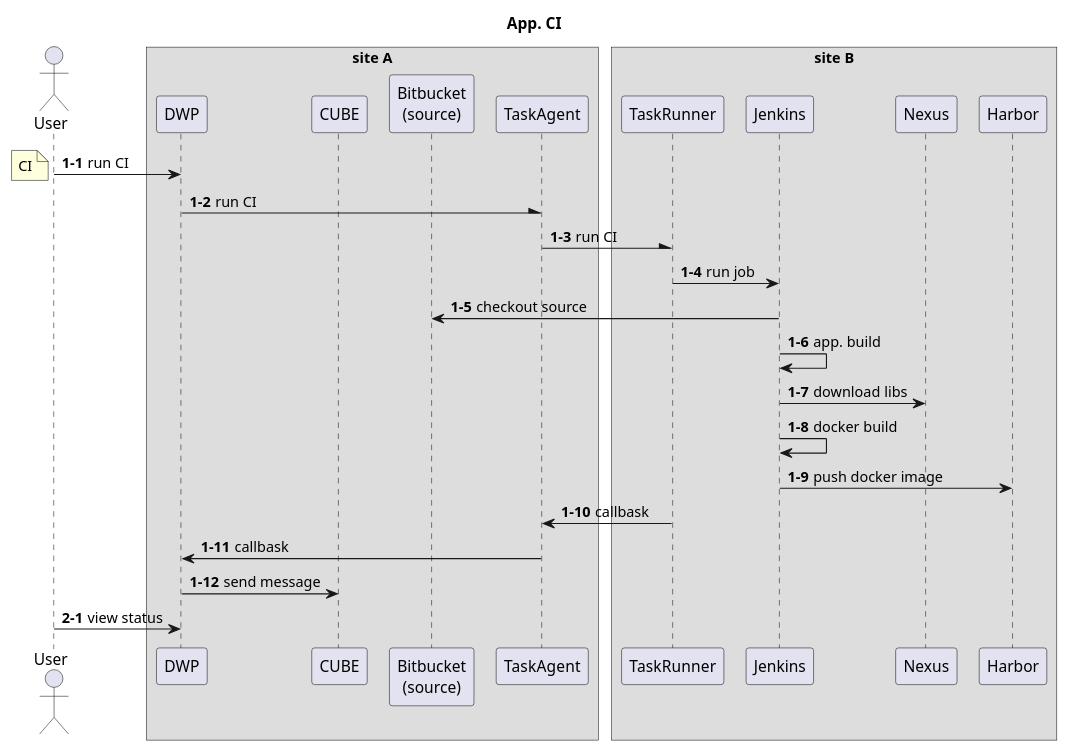
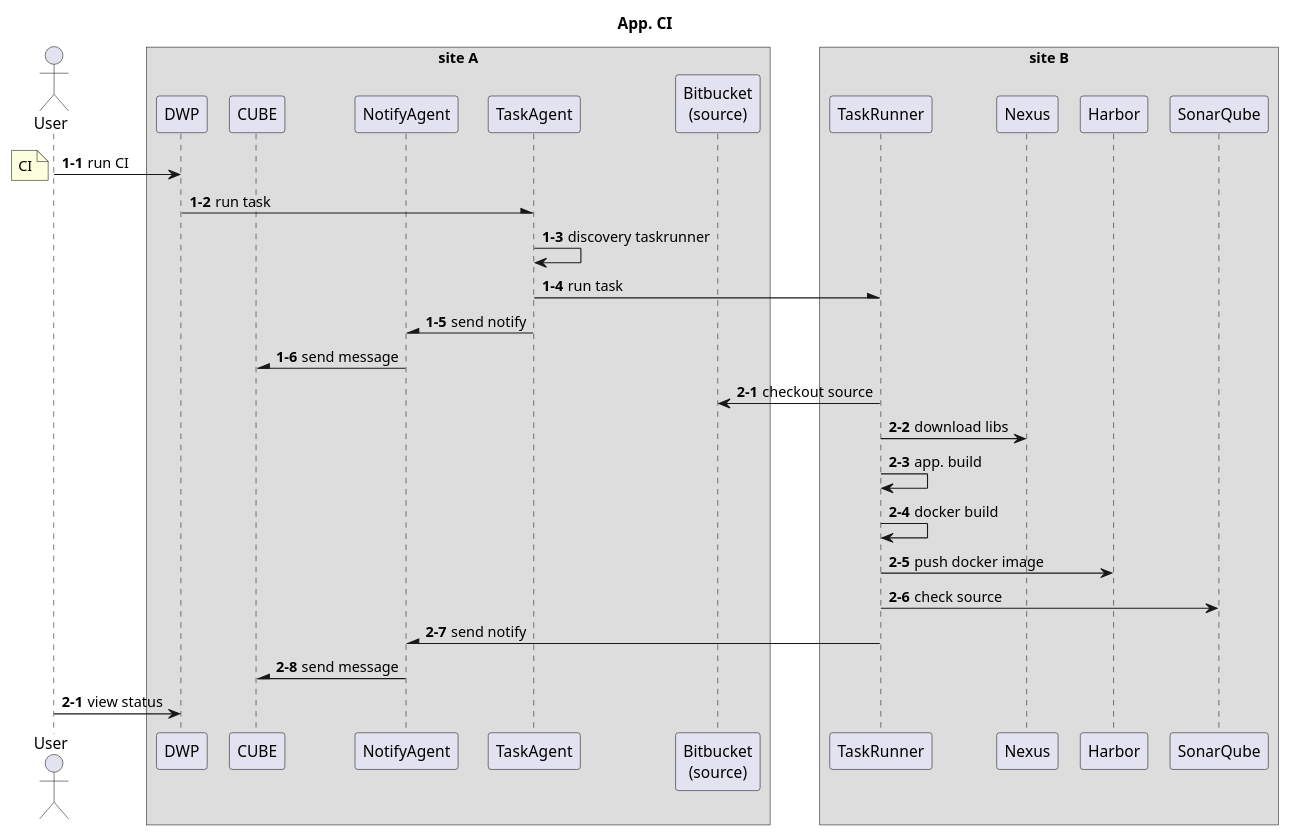
Before and after one commit to kloudbank/htdp1.github.io: the sixth of 8 diagrams in docs/src/multi-cloud/diagram.md, drawn with PlantUML. The commit also changed other lines of this file, not shown here.

```diff
--- a/docs/src/multi-cloud/diagram.md
+++ b/docs/src/multi-cloud/diagram.md
@@ -178,40 +193,45 @@
 @startuml
 
 scale 1
 skinparam ParticipantPadding 5
 skinparam BoxPadding 5
 title "App. CI"
 
 actor User
 box "site A"
 participant DWP
 participant CUBE
+participant NotifyAgent
+participant TaskAgent
 participant "Bitbucket\n(source)" as source
-participant TaskAgent
 end box
 box "site B"
 participant TaskRunner
-participant Jenkins
 participant Nexus
 participant Harbor
+participant SonarQube
 end box
 
 autonumber 1-1
 User -> DWP : run CI
 note left : CI
-DWP -\ TaskAgent : run CI
-TaskAgent -\ TaskRunner : run CI
-TaskRunner -> Jenkins : run job
-Jenkins -> source : checkout source
-Jenkins -> Jenkins : app. build
-Jenkins -> Nexus : download libs
-Jenkins -> Jenkins : docker build
-Jenkins -> Harbor : push docker image
-TaskRunner -> TaskAgent : callbask
-TaskAgent -> DWP : callbask
-DWP -> CUBE : send message
+DWP -\ TaskAgent : run task
+TaskAgent -> TaskAgent : discovery taskrunner
+TaskAgent -\ TaskRunner : run task
+TaskAgent -\ NotifyAgent : send notify
+NotifyAgent -\ CUBE : send message
+
+autonumber 2-1
+TaskRunner -> source : checkout source
+TaskRunner -> Nexus : download libs
+TaskRunner -> TaskRunner : app. build
+TaskRunner -> TaskRunner : docker build
+TaskRunner -> Harbor : push docker image
+TaskRunner -> SonarQube : check source
+TaskRunner -\ NotifyAgent : send notify
+NotifyAgent -\ CUBE : send message
 
 autonumber 2-1
 User -> DWP : view status
 
 @enduml
```
